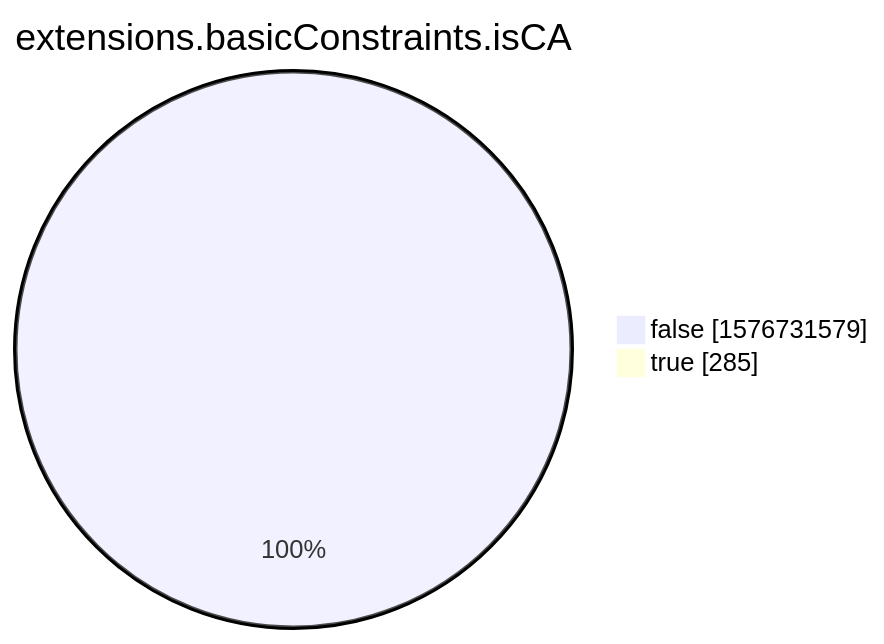
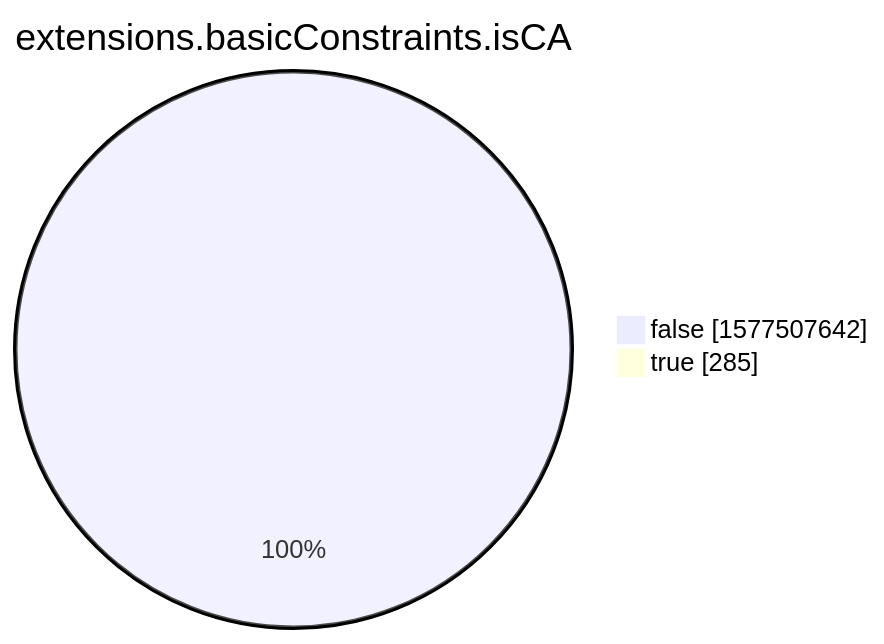
The eighth of 15 diagrams in xenon2022/README.md (christiankrug/ctmonitor_visualization), drawn with Mermaid before and after one commit. The commit also changed other lines of this file, not shown here.

````diff
--- a/xenon2022/README.md
+++ b/xenon2022/README.md
@@ -2861,6 +2861,6 @@
 ```mermaid
 pie showData
 title extensions.basicConstraints.isCA
-"false" :1576731579
+"false" :1577507642
 "true" :285
 ```
````
